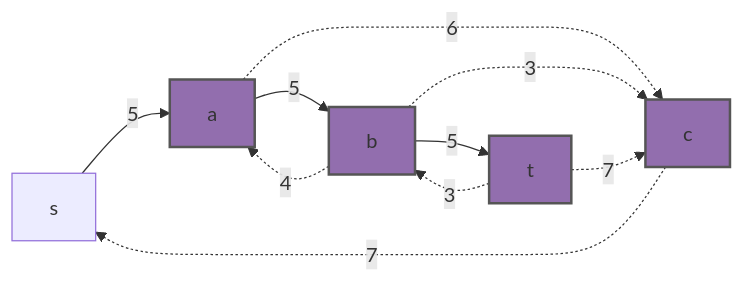
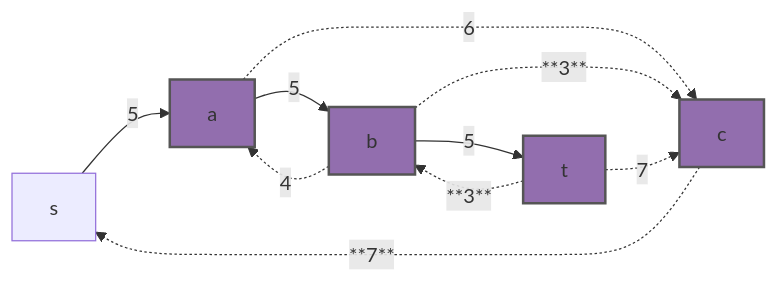
The seventh of 13 diagrams in task-9/mikhailkrug.md (hse-algo-24-owl/manual-tasks-owl), drawn with Mermaid before and after one commit. The commit also changed other lines of this file, not shown here.

````diff
--- a/task-9/mikhailkrug.md
+++ b/task-9/mikhailkrug.md
@@ -97,16 +97,16 @@
 ```mermaid
 graph LR
     s-->|5|a
-    c-.->|7|s
+    c-.->|**7**|s
     a-->|5|b
     a-.->|6|c
-    b-.->|3|c
+    b-.->|**3**|c
     b-.->|4|a
     b-->|5|t
-    t-.->|3|b
+    t-.->|**3**|b
     t-.->|7|c
     style a fill:#926EAE,stroke:#555,stroke-width:2px
     style t fill:#926EAE,stroke:#555,stroke-width:2px
     style b fill:#926EAE,stroke:#555,stroke-width:2px
     style c fill:#926EAE,stroke:#555,stroke-width:2px
 ```
````
